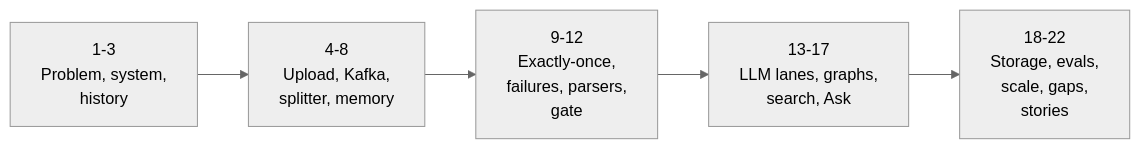
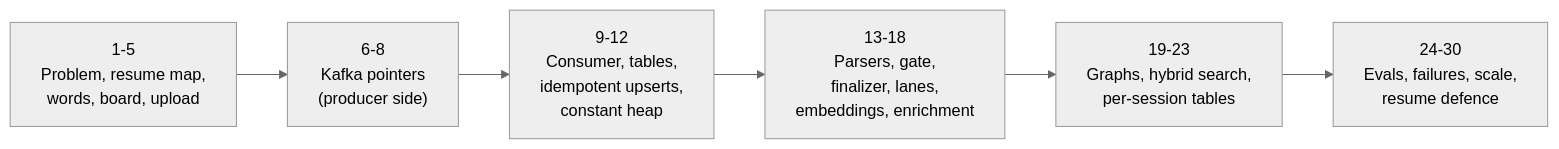
Before and after one commit to shubamchaudhary/CodeNITW: the diagram in src/Data/projectsDocs/LL-01.md, drawn with Mermaid (neutral theme). The commit also changed other lines of this file and 102 other files, not shown here.

````diff
--- a/src/Data/projectsDocs/LL-01.md
+++ b/src/Data/projectsDocs/LL-01.md
@@ -11,7 +10,8 @@
 ```mermaid
 flowchart LR
-    A["1-3<br/>Problem, system,<br/>history"] --> B["4-8<br/>Upload, Kafka,<br/>splitter, memory"]
-    B --> C["9-12<br/>Exactly-once,<br/>failures, parsers,<br/>gate"]
-    C --> D["13-17<br/>LLM lanes, graphs,<br/>search, Ask"]
-    D --> E["18-22<br/>Storage, evals,<br/>scale, gaps,<br/>stories"]
+    A["1-5<br/>Problem, resume map,<br/>words, board, upload"] --> B["6-8<br/>Kafka pointers<br/>(producer side)"]
+    B --> C["9-12<br/>Consumer, tables,<br/>idempotent upserts,<br/>constant heap"]
+    C --> D["13-18<br/>Parsers, gate,<br/>finalizer, lanes,<br/>embeddings, enrichment"]
+    D --> E["19-23<br/>Graphs, hybrid search,<br/>per-session tables"]
+    E --> F["24-30<br/>Evals, failures, scale,<br/>resume defence"]
 ```
````
